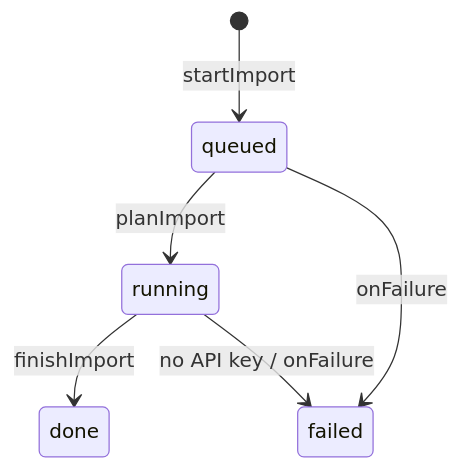
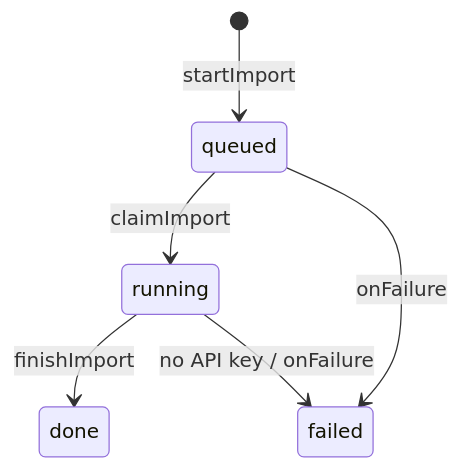
Before and after one commit to samjmarshall/personal-finance: the second of 2 diagrams in docs/feature/history-import.md, drawn with Mermaid. The commit also changed other lines of this file and 5 other files, not shown here.

First line of the commit message:
fix(cdr): claim import in its own step

````diff
--- a/docs/feature/history-import.md
+++ b/docs/feature/history-import.md
@@ -101,8 +101,8 @@
 ```mermaid
 stateDiagram-v2
     [*] --> queued: startImport
-    queued --> running: planImport
+    queued --> running: claimImport
     queued --> failed: onFailure
     running --> done: finishImport
     running --> failed: no API key / onFailure
 ```
````
